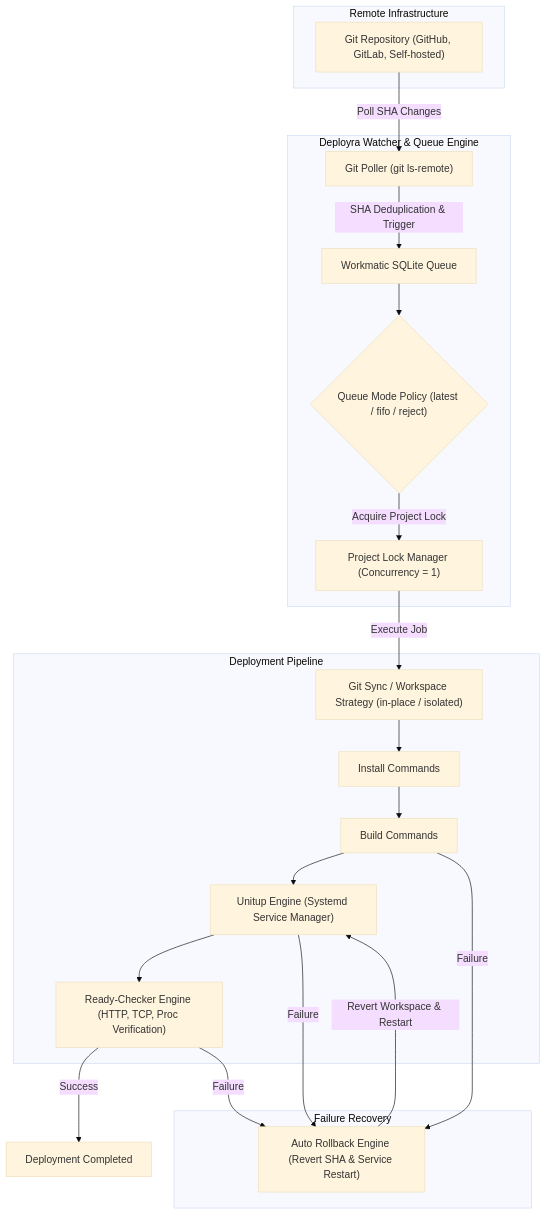
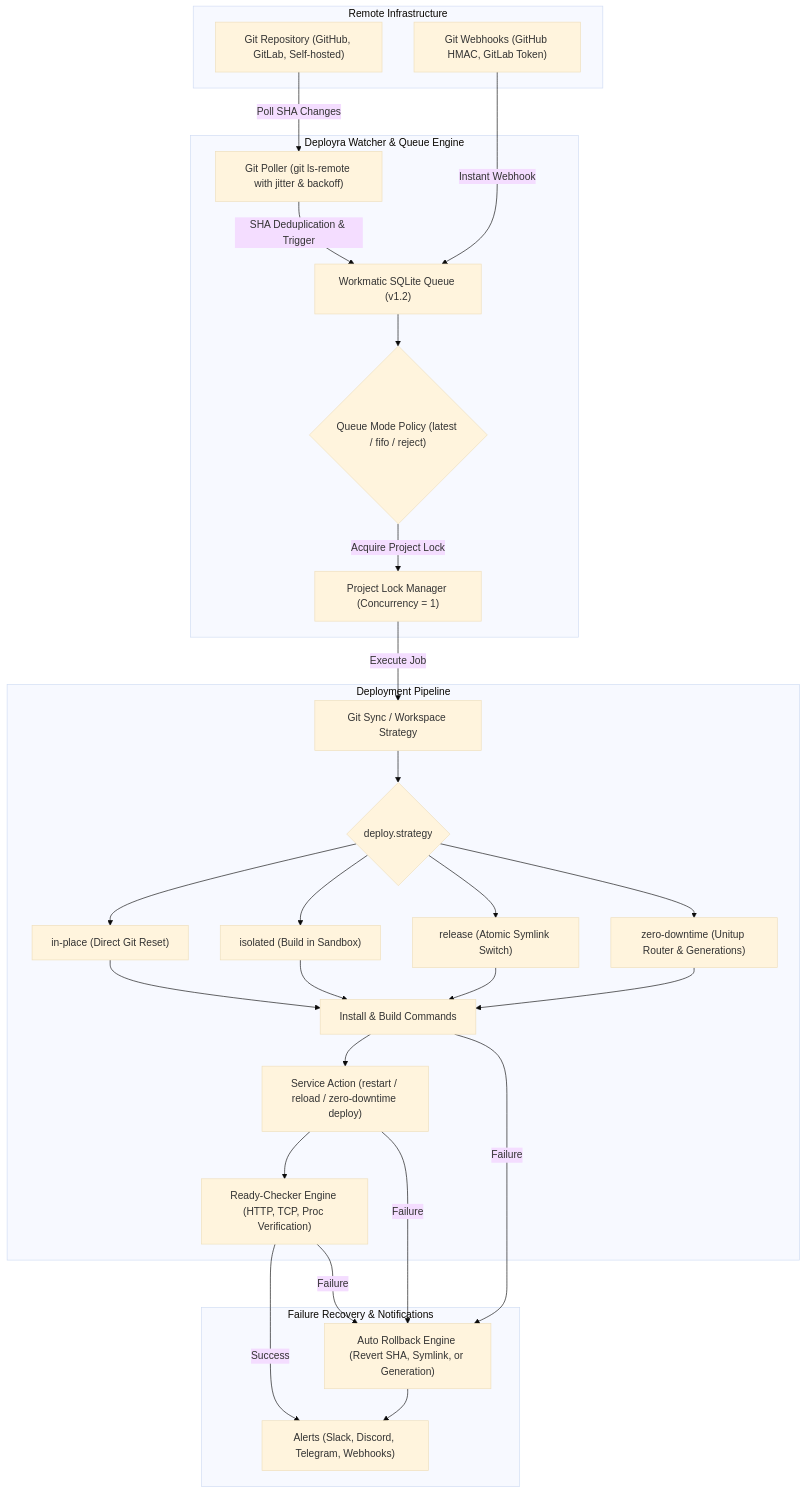
One commit to litepacks/deployra changed the diagram in README.md. Above: the diagram before and after it, drawn with Mermaid (base theme). The commit also changed other lines of this file and 23 other files, not shown here.

````diff
--- a/README.md
+++ b/README.md
@@ -13,40 +13,58 @@
 ```mermaid
 graph TD
     subgraph Remote["Remote Infrastructure"]
         GitRemote["Git Repository (GitHub, GitLab, Self-hosted)"]
+        WebhookTrigger["Git Webhooks (GitHub HMAC, GitLab Token)"]
     end
 
     subgraph WatcherEngine["Deployra Watcher & Queue Engine"]
-        GitWatcher["Git Poller (git ls-remote)"]
-        WorkmaticQueue["Workmatic SQLite Queue"]
+        GitWatcher["Git Poller (git ls-remote with jitter & backoff)"]
+        WorkmaticQueue["Workmatic SQLite Queue (v1.2)"]
         QueuePolicy{"Queue Mode Policy (latest / fifo / reject)"}
         LockManager["Project Lock Manager (Concurrency = 1)"]
     end
 
     subgraph PipelineEngine["Deployment Pipeline"]
-        GitSync["Git Sync / Workspace Strategy (in-place / isolated)"]
-        InstallStep["Install Commands"]
-        BuildStep["Build Commands"]
-        SystemdService["Unitup Engine (Systemd Service Manager)"]
+        GitSync["Git Sync / Workspace Strategy"]
+        StrategyChoice{"deploy.strategy"}
+        InPlace["in-place (Direct Git Reset)"]
+        Isolated["isolated (Build in Sandbox)"]
+        Release["release (Atomic Symlink Switch)"]
+        ZeroDowntime["zero-downtime (Unitup Router & Generations)"]
+
+        BuildStep["Install & Build Commands"]
+        ServiceAction["Service Action (restart / reload / zero-downtime deploy)"]
         HealthCheck["Ready-Checker Engine (HTTP, TCP, Proc Verification)"]
     end
 
-    subgraph RecoveryEngine["Failure Recovery"]
-        RollbackEngine["Auto Rollback Engine (Revert SHA & Service Restart)"]
+    subgraph RecoveryEngine["Failure Recovery & Notifications"]
+        RollbackEngine["Auto Rollback Engine (Revert SHA, Symlink, or Generation)"]
+        NotificationEngine["Alerts (Slack, Discord, Telegram, Webhooks)"]
     end
 
     GitRemote -->|"Poll SHA Changes"| GitWatcher
+    WebhookTrigger -->|"Instant Webhook"| WorkmaticQueue
     GitWatcher -->|"SHA Deduplication & Trigger"| WorkmaticQueue
     WorkmaticQueue --> QueuePolicy
     QueuePolicy -->|"Acquire Project Lock"| LockManager
     LockManager -->|"Execute Job"| GitSync
-    GitSync --> InstallStep
-    InstallStep --> BuildStep
-    BuildStep --> SystemdService
-    SystemdService --> HealthCheck
-    HealthCheck -->|"Success"| Success["Deployment Completed"]
+
+    GitSync --> StrategyChoice
+    StrategyChoice --> InPlace
+    StrategyChoice --> Isolated
+    StrategyChoice --> Release
+    StrategyChoice --> ZeroDowntime
+
+    InPlace --> BuildStep
+    Isolated --> BuildStep
+    Release --> BuildStep
+    ZeroDowntime --> BuildStep
+
+    BuildStep --> ServiceAction
+    ServiceAction --> HealthCheck
+    HealthCheck -->|"Success"| NotificationEngine
     HealthCheck -->|"Failure"| RollbackEngine
     BuildStep -->|"Failure"| RollbackEngine
-    SystemdService -->|"Failure"| RollbackEngine
-    RollbackEngine -->|"Revert Workspace & Restart"| SystemdService
+    ServiceAction -->|"Failure"| RollbackEngine
+    RollbackEngine --> NotificationEngine
 ```
````
